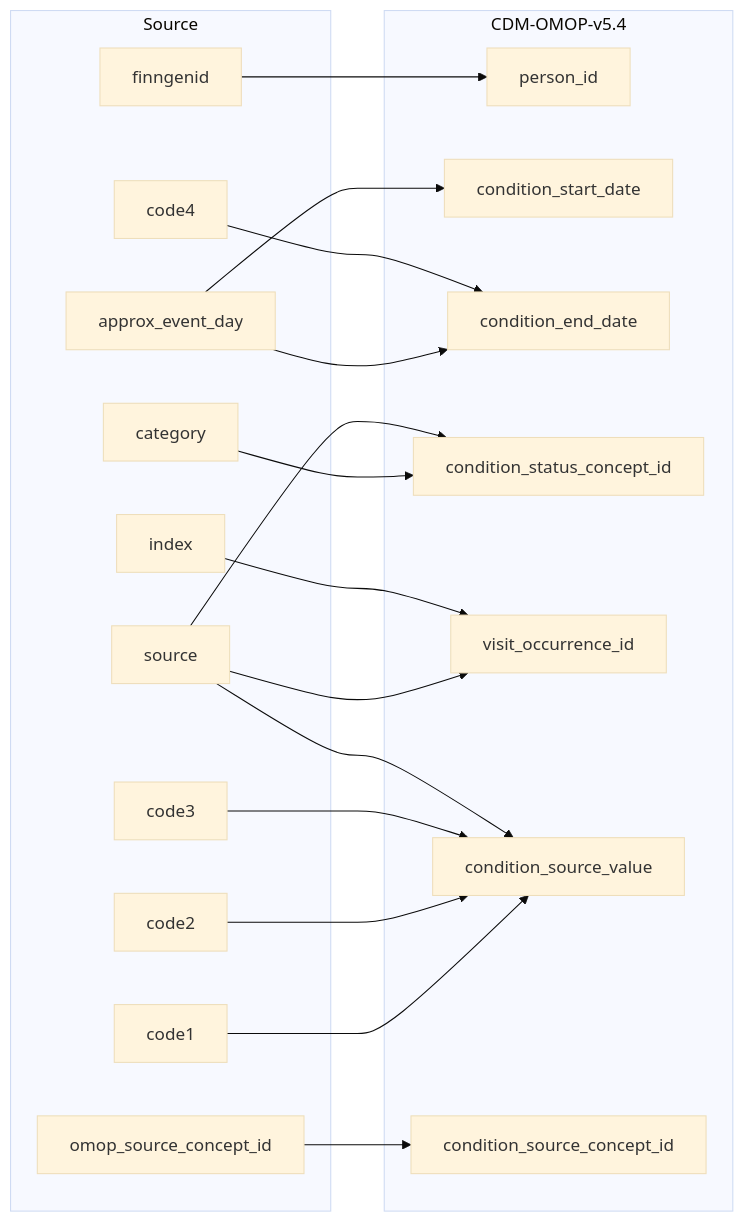
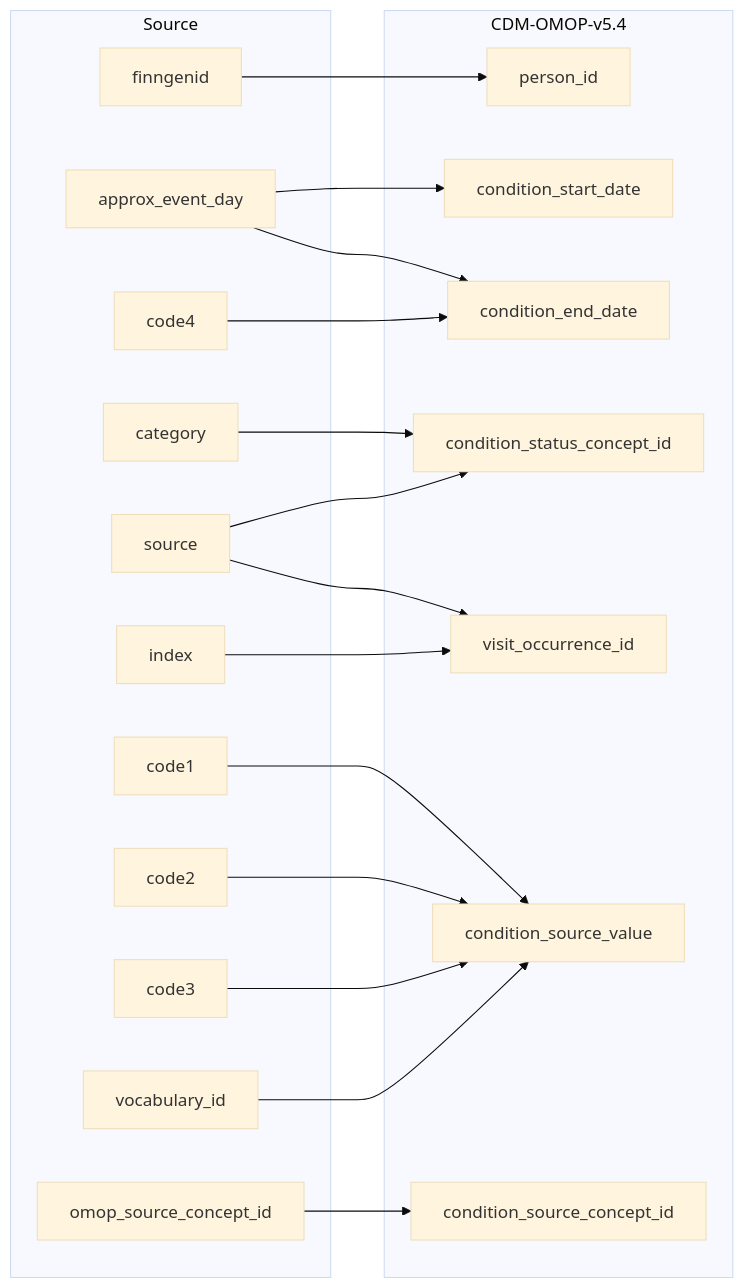
The diagram in 2_etl_specifications/documentation/stem_to_condition_occurrence.md (FINNGEN/ETL), drawn with Mermaid before and after one commit. The commit also changed other lines of this file and 14 other files, not shown here.

First line of the commit message:
Change _source_value format from SOURCE=source to VOCAB=vocabulary_id in all domain tables

````diff
--- a/2_etl_specifications/documentation/stem_to_condition_occurrence.md
+++ b/2_etl_specifications/documentation/stem_to_condition_occurrence.md
@@ -10,44 +10,45 @@
 ```mermaid
 %%{init: {'theme': 'base' } }%%
 %%{init: {'theme': 'base' } }%%
 flowchart LR
     subgraph Source
         finngenid
         source
         approx_event_day
         code1
         code2
         code3
         code4
         category
         index
+        vocabulary_id
         omop_source_concept_id
     end
 
     subgraph CDM-OMOP-v5.4
         person_id
         condition_start_date
         condition_end_date
         condition_status_concept_id
         visit_occurrence_id
         condition_source_value
         condition_source_concept_id
         
     end
 
     finngenid-->person_id
     approx_event_day-->condition_start_date
     approx_event_day-->condition_end_date
     code4-->condition_end_date
     category-->condition_status_concept_id
     source-->condition_status_concept_id
     source-->visit_occurrence_id
     index-->visit_occurrence_id
     code1-->condition_source_value
     code2-->condition_source_value
     code3-->condition_source_value
-    source-->condition_source_value
+    vocabulary_id-->condition_source_value
     
 
     omop_source_concept_id-->condition_source_concept_id
 ```
````
